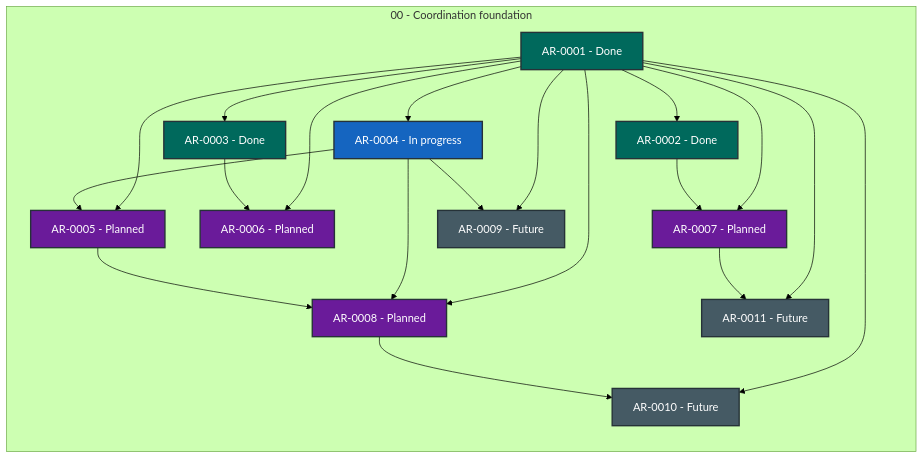
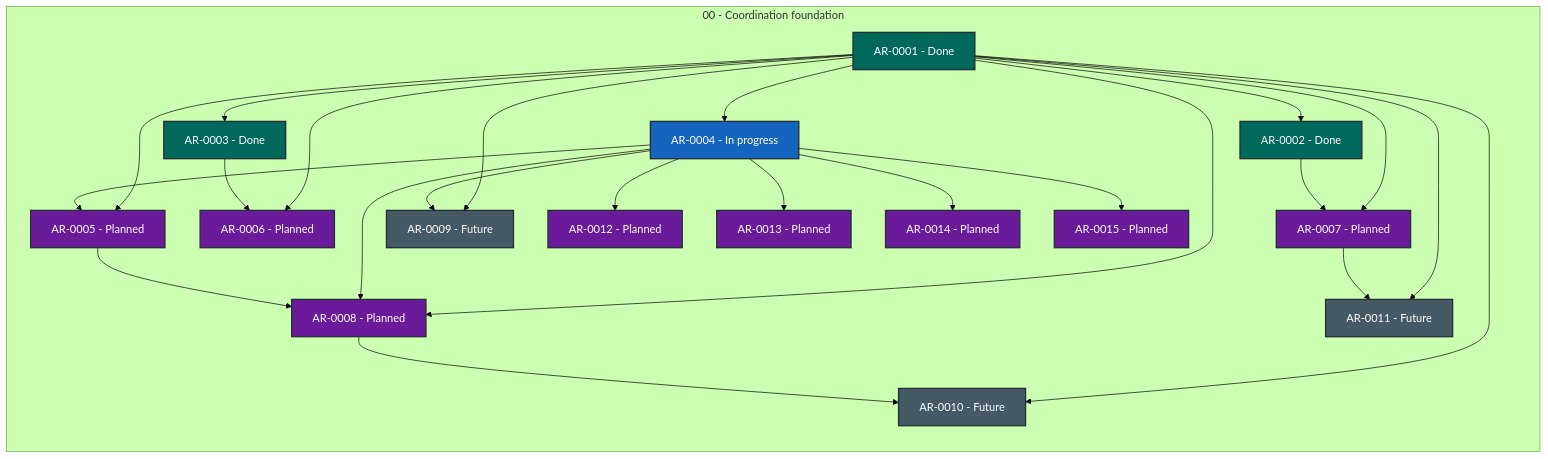
The diagram in STATUS.md (martin-beck/agent-workflow-quality-state), drawn with Mermaid (forest theme) before and after one commit. The commit also changed other lines of this file and 1 other file, not shown here.

````diff
--- a/STATUS.md
+++ b/STATUS.md
@@ -27,43 +27,51 @@
 ```mermaid
 flowchart LR
     subgraph series_00["00 - Coordination foundation"]
         direction TB
         AR_0001["AR-0001 - Done"]:::status_done
         AR_0002["AR-0002 - Done"]:::status_done
         AR_0003["AR-0003 - Done"]:::status_done
         AR_0004["AR-0004 - In progress"]:::status_in_progress
         AR_0005["AR-0005 - Planned"]:::status_planned
         AR_0006["AR-0006 - Planned"]:::status_planned
         AR_0007["AR-0007 - Planned"]:::status_planned
         AR_0008["AR-0008 - Planned"]:::status_planned
         AR_0009["AR-0009 - Future"]:::status_future
         AR_0010["AR-0010 - Future"]:::status_future
         AR_0011["AR-0011 - Future"]:::status_future
+        AR_0012["AR-0012 - Planned"]:::status_planned
+        AR_0013["AR-0013 - Planned"]:::status_planned
+        AR_0014["AR-0014 - Planned"]:::status_planned
+        AR_0015["AR-0015 - Planned"]:::status_planned
     end
     AR_0001 --> AR_0002
     AR_0001 --> AR_0003
     AR_0001 --> AR_0004
     AR_0001 --> AR_0005
     AR_0001 --> AR_0006
     AR_0001 --> AR_0007
     AR_0001 --> AR_0008
     AR_0001 --> AR_0009
     AR_0001 --> AR_0010
     AR_0001 --> AR_0011
     AR_0002 --> AR_0007
     AR_0003 --> AR_0006
     AR_0004 --> AR_0005
     AR_0004 --> AR_0008
     AR_0004 --> AR_0009
+    AR_0004 --> AR_0012
+    AR_0004 --> AR_0013
+    AR_0004 --> AR_0014
+    AR_0004 --> AR_0015
     AR_0005 --> AR_0008
     AR_0007 --> AR_0011
     AR_0008 --> AR_0010
     classDef status_in_progress fill:#1565c0,color:#ffffff,stroke:#263238,stroke-width:2px
     classDef status_open fill:#2e7d32,color:#ffffff,stroke:#263238,stroke-width:2px
     classDef status_blocked fill:#c62828,color:#ffffff,stroke:#263238,stroke-width:2px
     classDef status_planned fill:#6a1b9a,color:#ffffff,stroke:#263238,stroke-width:2px
     classDef status_future fill:#455a64,color:#ffffff,stroke:#263238,stroke-width:2px
     classDef status_done fill:#00695c,color:#ffffff,stroke:#263238,stroke-width:2px
     classDef status_cancelled fill:#616161,color:#ffffff,stroke:#263238,stroke-width:2px
     classDef status_superseded fill:#5d4037,color:#ffffff,stroke:#263238,stroke-width:2px
 ```
````
